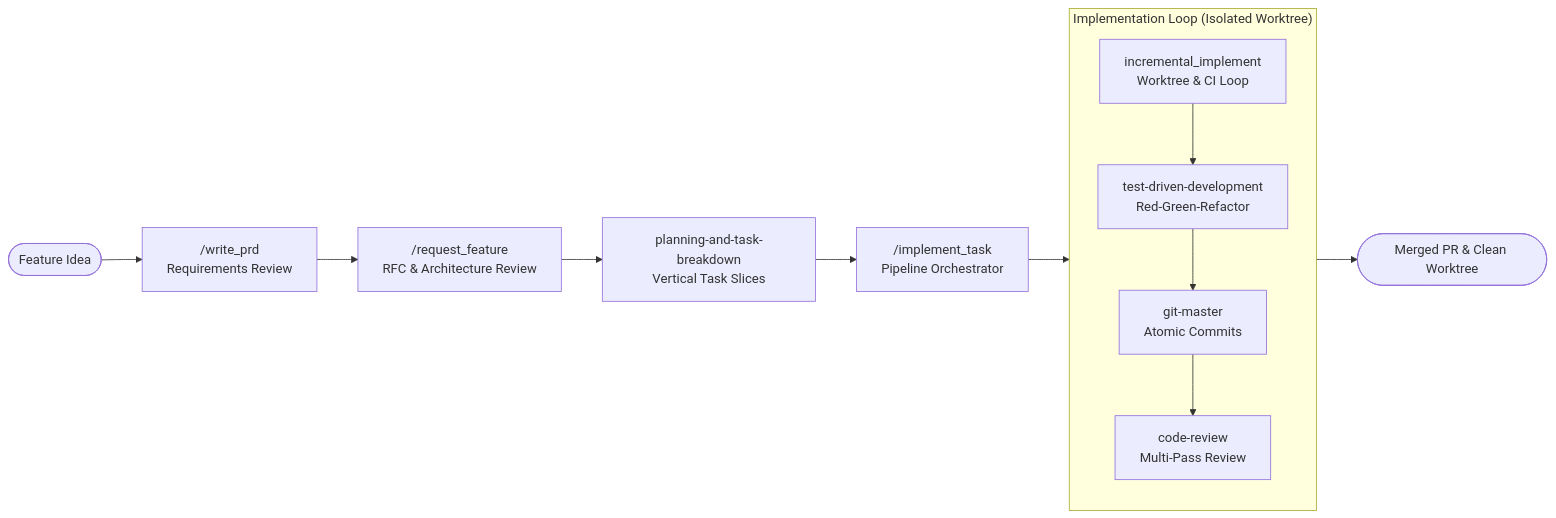
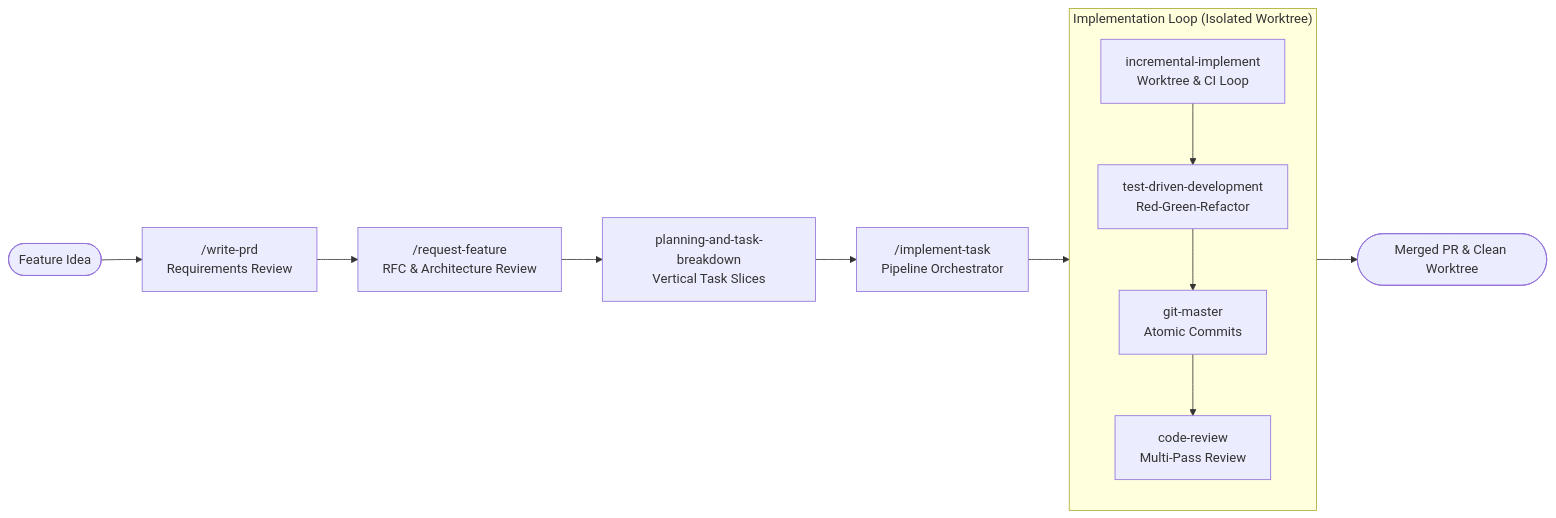
The first of 2 diagrams in README.md (allanbian1017/skills), drawn with Mermaid before and after one commit. The commit also changed other lines of this file and 21 other files, not shown here.

````diff
--- a/README.md
+++ b/README.md
@@ -44,19 +44,19 @@
 ```mermaid
 flowchart LR
-    Idea([Feature Idea]) --> write_prd["/write_prd\nRequirements Review"]
-    write_prd --> request_feature["/request_feature\nRFC & Architecture Review"]
-    request_feature --> planning["planning-and-task-breakdown\nVertical Task Slices"]
-    planning --> implement_task["/implement_task\nPipeline Orchestrator"]
+    Idea([Feature Idea]) --> prd["/write-prd\nRequirements Review"]
+    prd --> rfc["/request-feature\nRFC & Architecture Review"]
+    rfc --> planning["planning-and-task-breakdown\nVertical Task Slices"]
+    planning --> orchestrator["/implement-task\nPipeline Orchestrator"]
     
     subgraph Implementation ["Implementation Loop (Isolated Worktree)"]
         direction TB
-        incremental["incremental_implement\nWorktree & CI Loop"]
+        incremental["incremental-implement\nWorktree & CI Loop"]
         tdd["test-driven-development\nRed-Green-Refactor"]
         git_master["git-master\nAtomic Commits"]
         code_review["code-review\nMulti-Pass Review"]
         incremental --> tdd --> git_master --> code_review
     end
 
-    implement_task --> Implementation
+    orchestrator --> Implementation
     Implementation --> PR([Merged PR & Clean Worktree])
 ```
````
